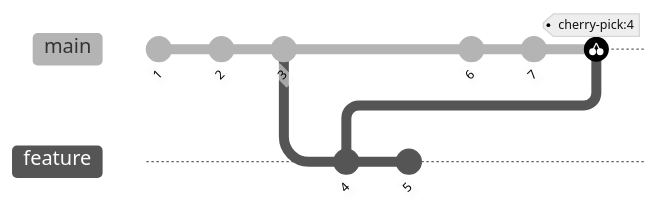
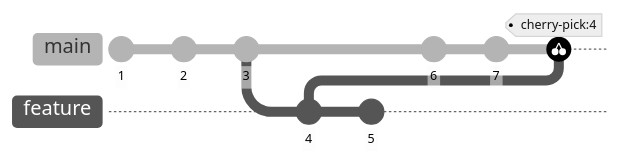
One commit to bzzzil/vscode-asciidoc-presentation changed the fourth of 4 diagrams in demo.adoc. Above: the diagram before and after it, drawn with Mermaid. The commit also changed other lines of this file and 1 other file, not shown here.

```diff
--- a/demo.adoc
+++ b/demo.adoc
@@ -135,15 +146,15 @@
 [mermaid]
 ....
-%%{init: { 'logLevel': 'debug', 'theme': 'neutral', 'gitGraph': {'rotateCommitLabel': true}} }%%
+%%{init: { 'logLevel': 'debug', 'theme': 'neutral', 'gitGraph': {'rotateCommitLabel': false}} }%%
    gitGraph
        commit id:"1"
        commit id:"2"
        commit id:"3"
        branch feature
        commit id:"4"
        commit id:"5"
        checkout main
        commit id:"6"
        commit id:"7"
        cherry-pick id:"4"
 ....
```
